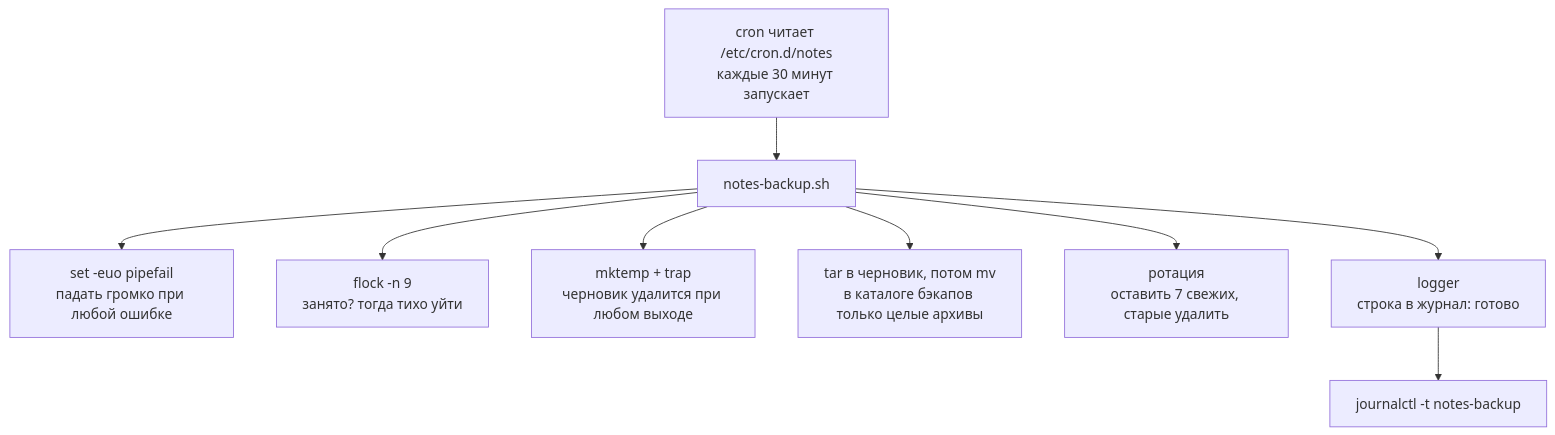
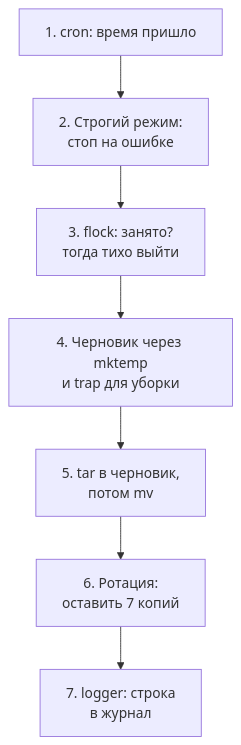
The first of 4 diagrams in devops/01-linux/07-bash-in-ops.md (distinguished-sre/learning), drawn with Mermaid before and after one commit. The commit also changed other lines of this file and 462 other files, not shown here.

````diff
--- a/devops/01-linux/07-bash-in-ops.md
+++ b/devops/01-linux/07-bash-in-ops.md
@@ -53,11 +53,9 @@
 ```mermaid
 flowchart TD
-    C["cron читает /etc/cron.d/notes<br>каждые 30 минут запускает"] --> S["notes-backup.sh"]
-    S --> A["set -euo pipefail<br>падать громко при любой ошибке"]
-    S --> B["flock -n 9<br>занято? тогда тихо уйти"]
-    S --> D["mktemp + trap<br>черновик удалится при любом выходе"]
-    S --> E["tar в черновик, потом mv<br>в каталоге бэкапов только целые архивы"]
-    S --> F["ротация<br>оставить 7 свежих, старые удалить"]
-    S --> G["logger<br>строка в журнал: готово"]
-    G --> J["journalctl -t notes-backup"]
+    C["1. cron: время пришло"] --> A["2. Строгий режим:<br>стоп на ошибке"]
+    A --> B["3. flock: занято?<br>тогда тихо выйти"]
+    B --> D["4. Черновик через mktemp<br>и trap для уборки"]
+    D --> E["5. tar в черновик,<br>потом mv"]
+    E --> F["6. Ротация:<br>оставить 7 копий"]
+    F --> G["7. logger: строка<br>в журнал"]
 ```
````
